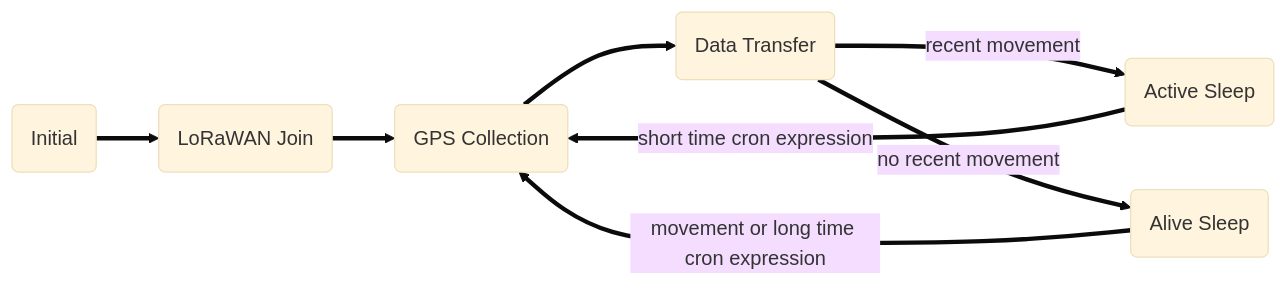
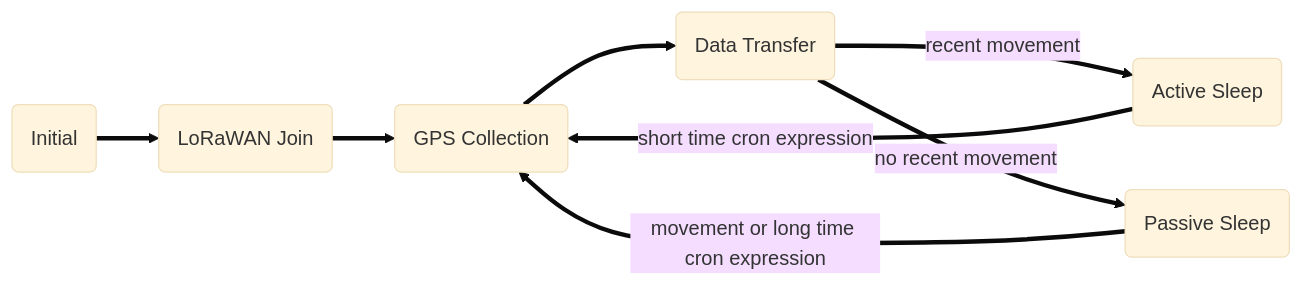
One commit to Lobaro/docs changed the diagram in docs/lorawan-sensors/gps-lorawan/index.md. Above: the diagram before and after it, drawn with Mermaid (base theme). The commit also changed other lines of this file and 27 other files, not shown here.

````diff
--- a/docs/lorawan-sensors/gps-lorawan/index.md
+++ b/docs/lorawan-sensors/gps-lorawan/index.md
@@ -84,14 +76,14 @@
 ```mermaid
 graph LR;
     GPS(GPS Collection)
     Data(Data Transfer)
     Active(Active Sleep)
-    Alive(Alive Sleep)
+    Passive(Passive Sleep)
     init(Initial)==>check(LoRaWAN Join);
     check(LoRaWAN Join)==>GPS(GPS Collect.);
     Data==>|recent movement|Active(Active Sleep);
     GPS==>Data(Data Transfer);
     Active==>|short time cron expression|GPS(GPS Collection);
-    Data(Data Transfer)==>|no recent movement|Alive(Alive Sleep);
-    Alive==>|movement or long time cron expression|GPS(GPS Collection);
+    Data(Data Transfer)==>|no recent movement|Passive(Passive Sleep);
+    Passive==>|movement or long time cron expression|GPS(GPS Collection);
 ```
````
